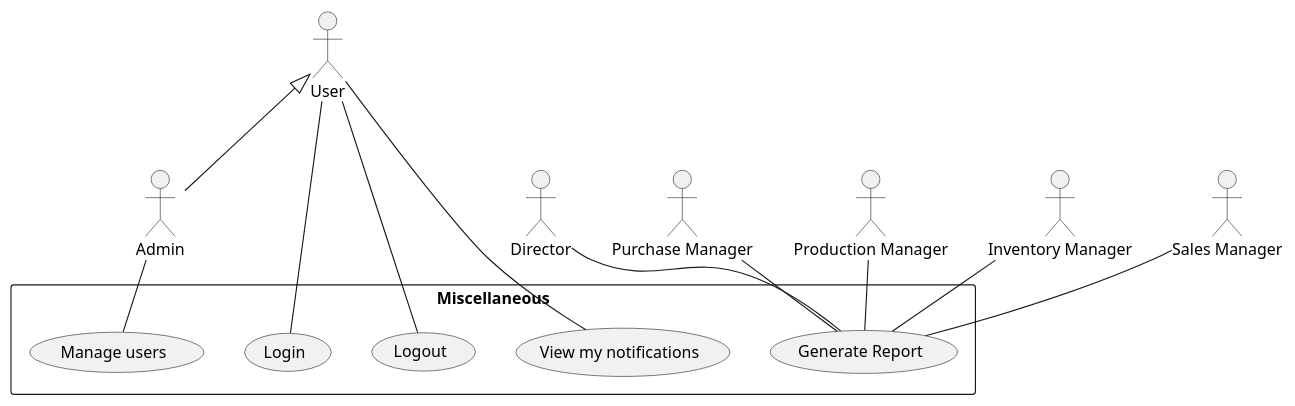
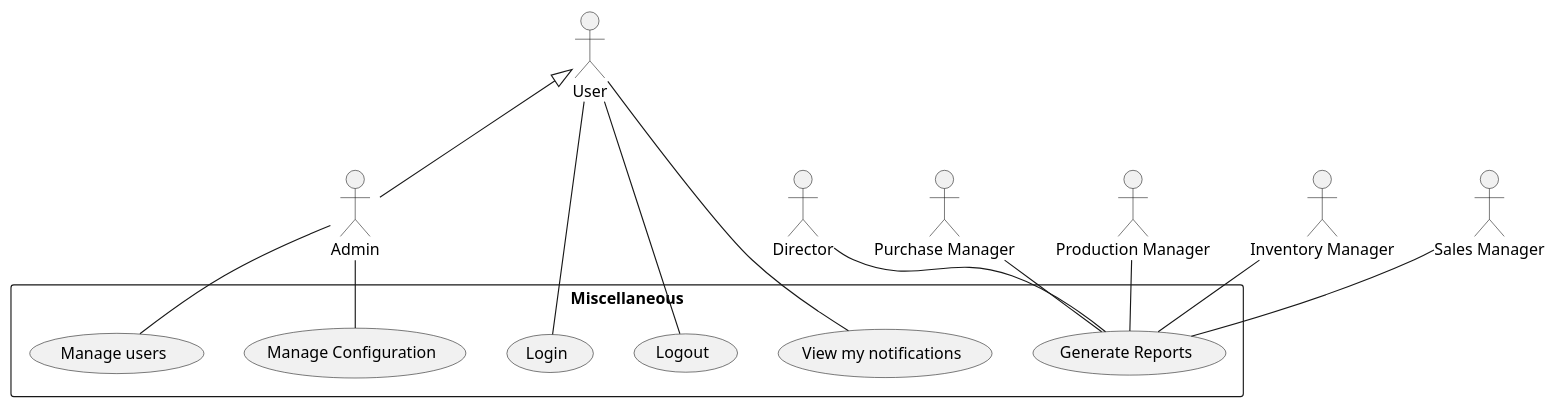
Before and after one commit to phihungha/scmss-reqs: the diagram in use-cases/misc.plantuml, drawn with PlantUML. The commit also changed 5 other files, not shown here.

```diff
--- a/use-cases/misc.plantuml
+++ b/use-cases/misc.plantuml
@@ -1,26 +1,27 @@
 @startuml misc
 
 :Admin: as ad
 :User: as u
 u <|-- ad
 
 :Director: as d
 :Purchase Manager: as pur_m
 :Production Manager: as prod_m
 :Inventory Manager: as im
 :Sales Manager: as sm
 
 rectangle Miscellaneous {
     u -- (Login)
     u -- (Logout)
     u -- (View my notifications)
 
     ad -- (Manage users)
+    ad -- (Manage Configuration)
 
-    d -- (Generate Report)
-    pur_m -- (Generate Report)
-    prod_m -- (Generate Report)
-    im -- (Generate Report)
-    sm -- (Generate Report)
+    d -- (Generate Reports)
+    pur_m -- (Generate Reports)
+    prod_m -- (Generate Reports)
+    im -- (Generate Reports)
+    sm -- (Generate Reports)
 }
 @enduml
```
